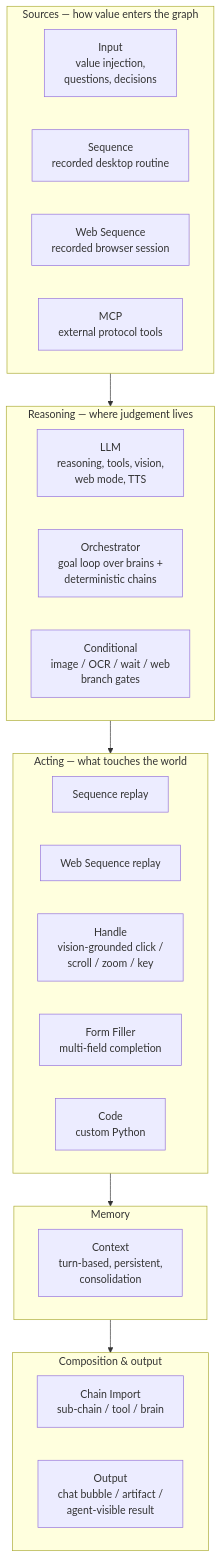
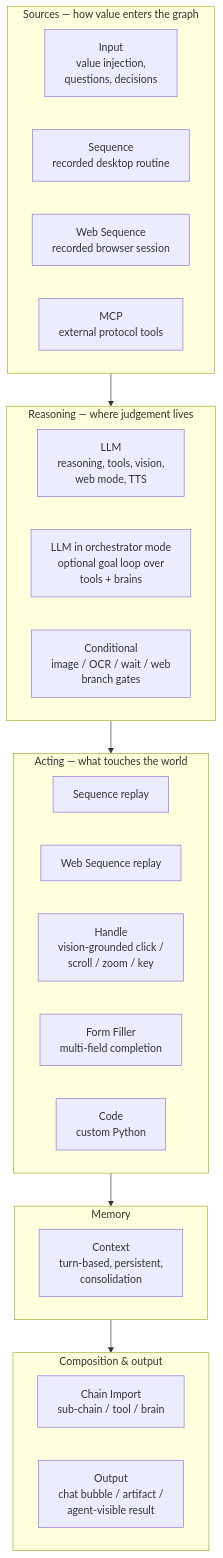
The fourth of 21 diagrams in LoOper/README.MD (RodrigoBenitez343/Arrow), drawn with Mermaid before and after one commit. The commit also changed other lines of this file and 299 other files, not shown here.

Commit message:
node wires patches + web sequences dedup fix

````diff
--- a/LoOper/README.MD
+++ b/LoOper/README.MD
@@ -300,29 +326,29 @@
 ```mermaid
 flowchart TB
     subgraph Sources["Sources — how value enters the graph"]
         I["Input<br/>value injection,<br/>questions, decisions"]
         S["Sequence<br/>recorded desktop routine"]
         WS["Web Sequence<br/>recorded browser session"]
         M["MCP<br/>external protocol tools"]
     end
     subgraph Reasoning["Reasoning — where judgement lives"]
         L["LLM<br/>reasoning, tools, vision,<br/>web mode, TTS"]
-        O["Orchestrator<br/>goal loop over brains +<br/>deterministic chains"]
+        O["LLM in orchestrator mode<br/>optional goal loop over<br/>tools + brains"]
         C["Conditional<br/>image / OCR / wait / web<br/>branch gates"]
     end
     subgraph Acting["Acting — what touches the world"]
         S2["Sequence replay"]
         WS2["Web Sequence replay"]
         H["Handle<br/>vision-grounded click /<br/>scroll / zoom / key"]
         F["Form Filler<br/>multi-field completion"]
         CD["Code<br/>custom Python"]
     end
     subgraph Memory["Memory"]
         CX["Context<br/>turn-based, persistent,<br/>consolidation"]
     end
     subgraph Composition["Composition & output"]
         CI["Chain Import<br/>sub-chain / tool / brain"]
         O2["Output<br/>chat bubble / artifact /<br/>agent-visible result"]
     end
     Sources --> Reasoning --> Acting --> Memory --> Composition
 ```
````
